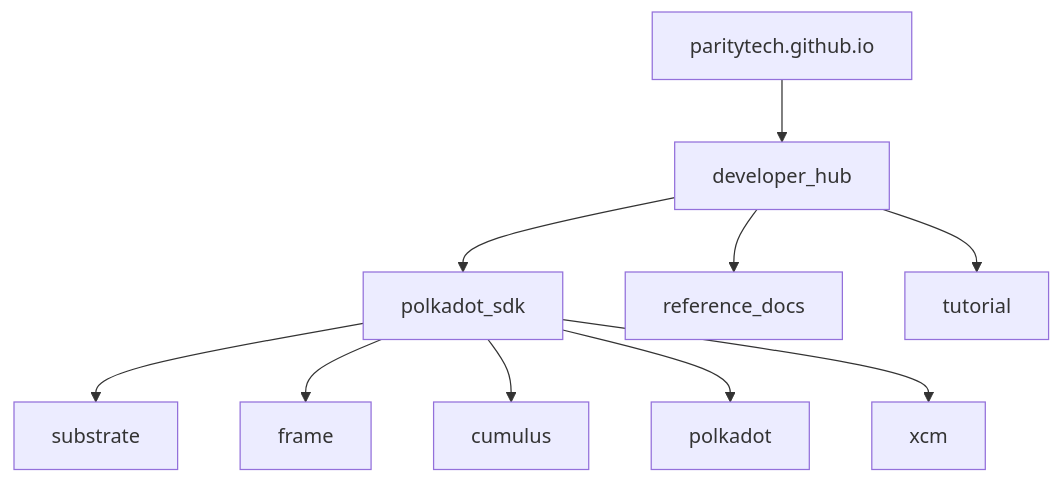
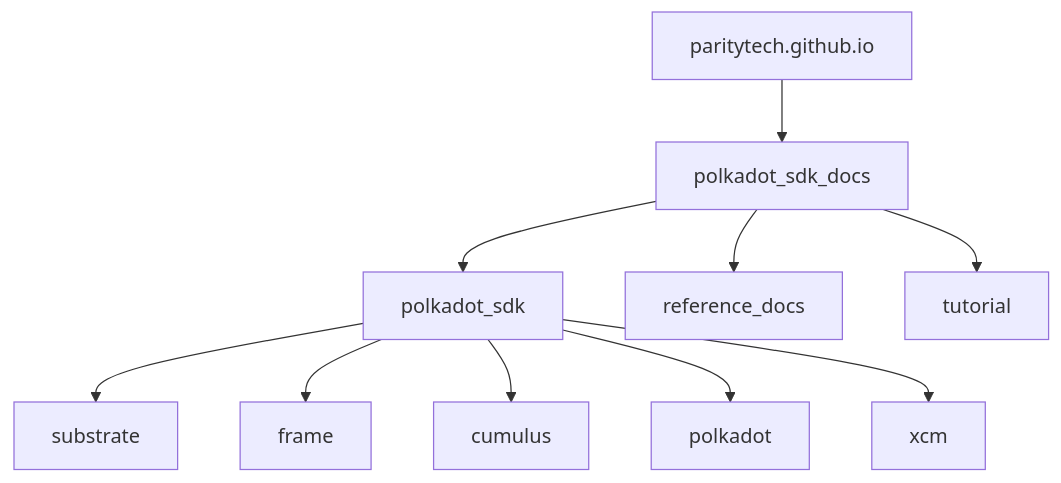
The diagram in docs/mermaid/IA.mmd (paritytech/polkadot-sdk), drawn with Mermaid before and after one commit. The commit also changed 48 other files, not shown here.

Commit message:
move developer-hub to polkadot-sdk-docs

```diff
--- a/docs/mermaid/IA.mmd
+++ b/docs/mermaid/IA.mmd
@@ -1,12 +1,12 @@
 flowchart
-    parity[paritytech.github.io] --> devhub[developer_hub]
+    parity[paritytech.github.io] --> devhub[polkadot_sdk_docs]
 
     devhub --> polkadot_sdk
     devhub --> reference_docs
     devhub --> tutorial
 
     polkadot_sdk --> substrate
     polkadot_sdk --> frame
     polkadot_sdk --> cumulus
     polkadot_sdk --> polkadot
     polkadot_sdk --> xcm
```
